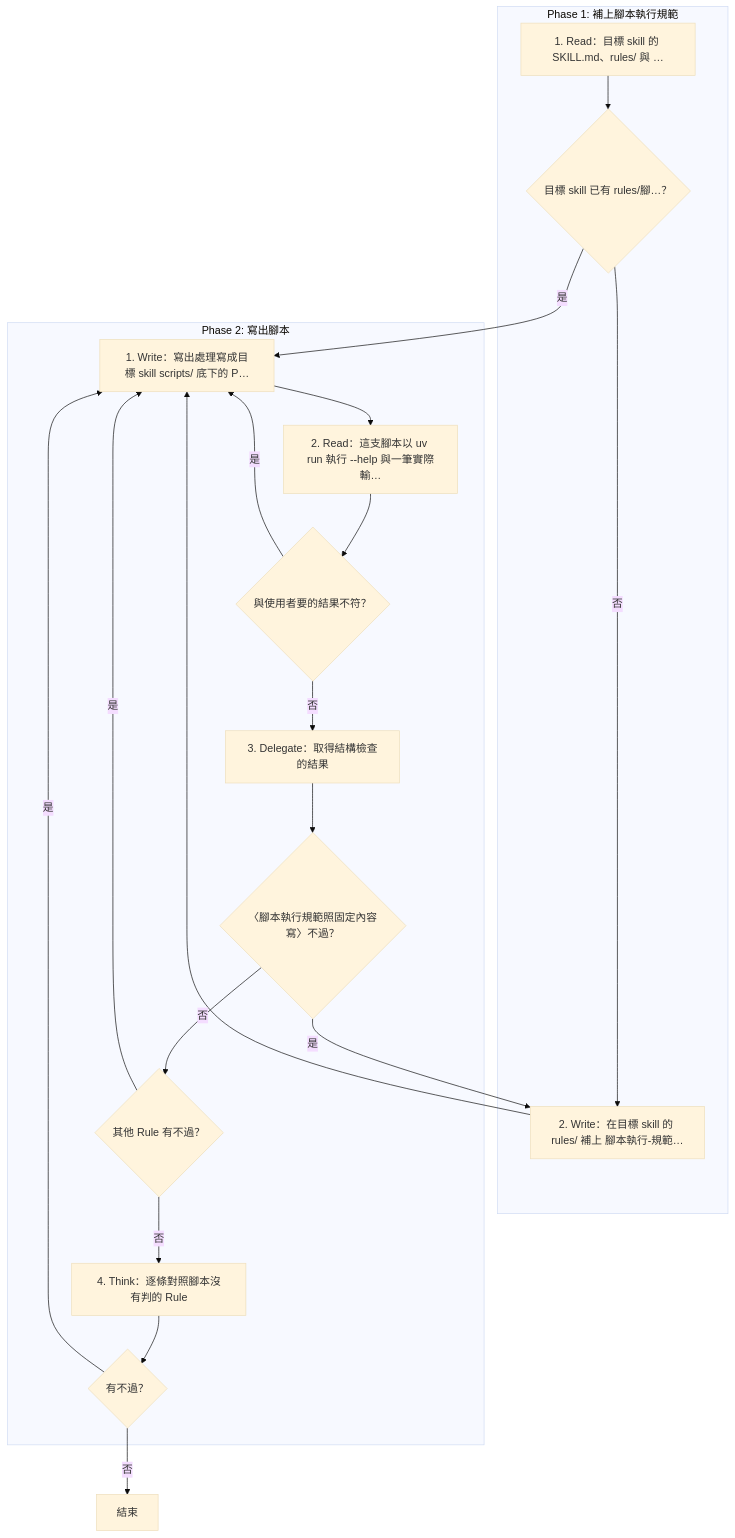
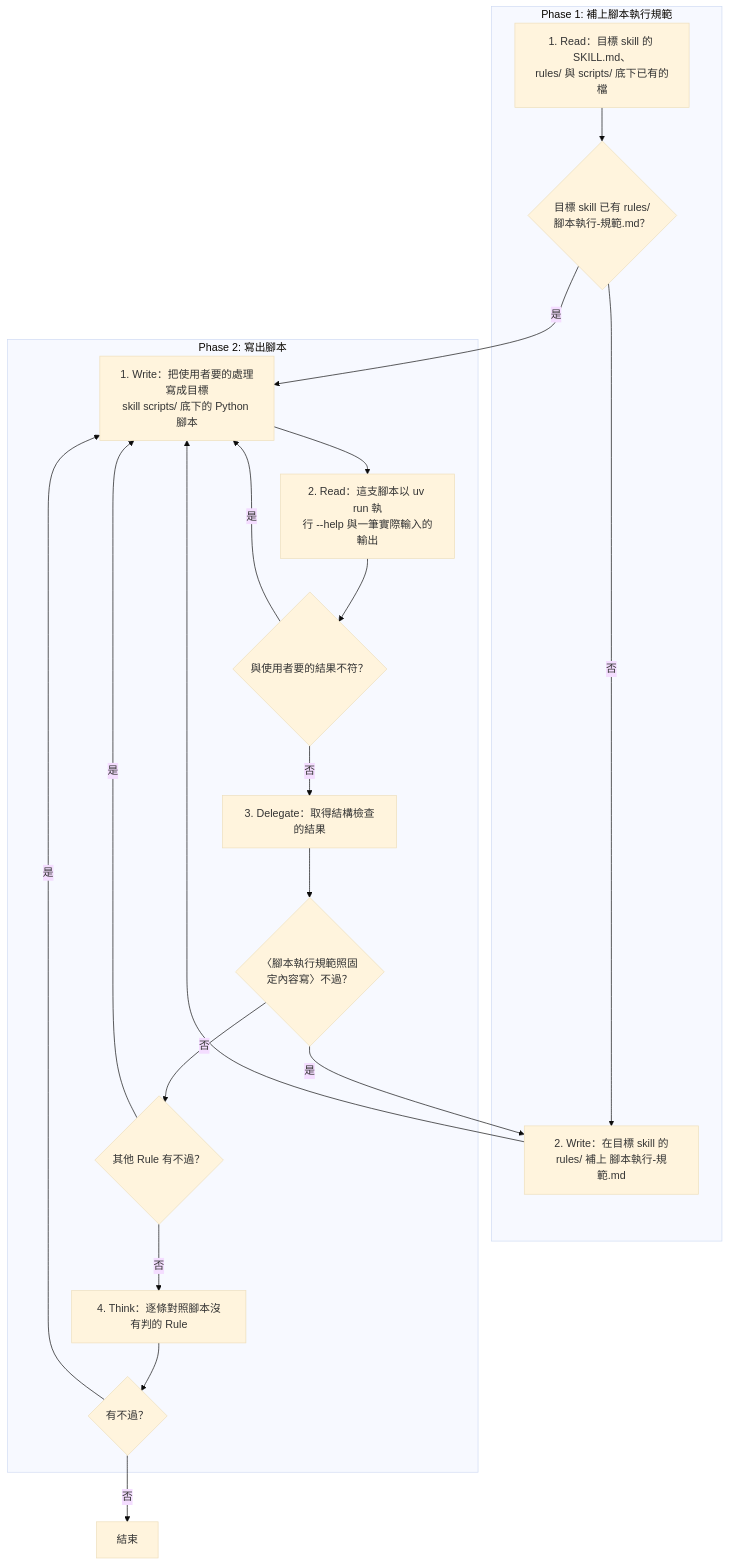
Before and after one commit to AI-x-BDD/BDGG-Dev-Skills: the diagram in .claude/skills/skill-form-script/SKILL.md, drawn with Mermaid (base theme). The commit also changed 43 other files, not shown here.

First line of the commit message:
feat!: skill-form-sop 的流程視覺圖改放檔尾並以粗體標出的核心動作當標籤

````diff
--- a/.claude/skills/skill-form-script/SKILL.md
+++ b/.claude/skills/skill-form-script/SKILL.md
@@ -11,35 +21,35 @@
 ```mermaid
 flowchart TD
     subgraph P1["Phase 1: 補上腳本執行規範"]
-        P1S1["1. Read：目標 skill 的 SKILL.md、rules/ 與 …"]
-        G_P1S1_1{"目標 skill 已有 rules/腳…？"}
-        P1S2["2. Write：在目標 skill 的 rules/ 補上 腳本執行-規範…"]
+        P1S1["1. Read：目標 skill 的 SKILL.md、<br/>rules/ 與 scripts/ 底下已有的檔"]
+        G_P1S1_1{"目標 skill 已有 rules/<br/>腳本執行-規範.md？"}
+        P1S2["2. Write：在目標 skill 的<br/>rules/ 補上 腳本執行-規範.md"]
     end
     subgraph P2["Phase 2: 寫出腳本"]
-        P2S1["1. Write：寫出處理寫成目標 skill scripts/ 底下的 P…"]
-        P2S2["2. Read：這支腳本以 uv run 執行 --help 與一筆實際輸…"]
+        P2S1["1. Write：把使用者要的處理寫成目標<br/>skill scripts/ 底下的 Python 腳本"]
+        P2S2["2. Read：這支腳本以 uv run 執<br/>行 --help 與一筆實際輸入的輸出"]
         G_P2S2_1{"與使用者要的結果不符？"}
         P2S3["3. Delegate：取得結構檢查的結果"]
-        G_P2S3_1{"〈腳本執行規範照固定內容寫〉不過？"}
+        G_P2S3_1{"〈腳本執行規範照固<br/>定內容寫〉不過？"}
         G_P2S3_2{"其他 Rule 有不過？"}
         P2S4["4. Think：逐條對照腳本沒有判的 Rule"]
         G_P2S4_1{"有不過？"}
     end
     End["結束"]
     P1S1 --> G_P1S1_1
     G_P1S1_1 -->|是| P2S1
     G_P1S1_1 -->|否| P1S2
     P1S2 --> P2S1
     P2S1 --> P2S2
     P2S2 --> G_P2S2_1
     G_P2S2_1 -->|是| P2S1
     G_P2S2_1 -->|否| P2S3
     P2S3 --> G_P2S3_1
     G_P2S3_1 -->|是| P1S2
     G_P2S3_1 -->|否| G_P2S3_2
     G_P2S3_2 -->|是| P2S1
     G_P2S3_2 -->|否| P2S4
     P2S4 --> G_P2S4_1
     G_P2S4_1 -->|是| P2S1
     G_P2S4_1 -->|否| End
 ```
````
